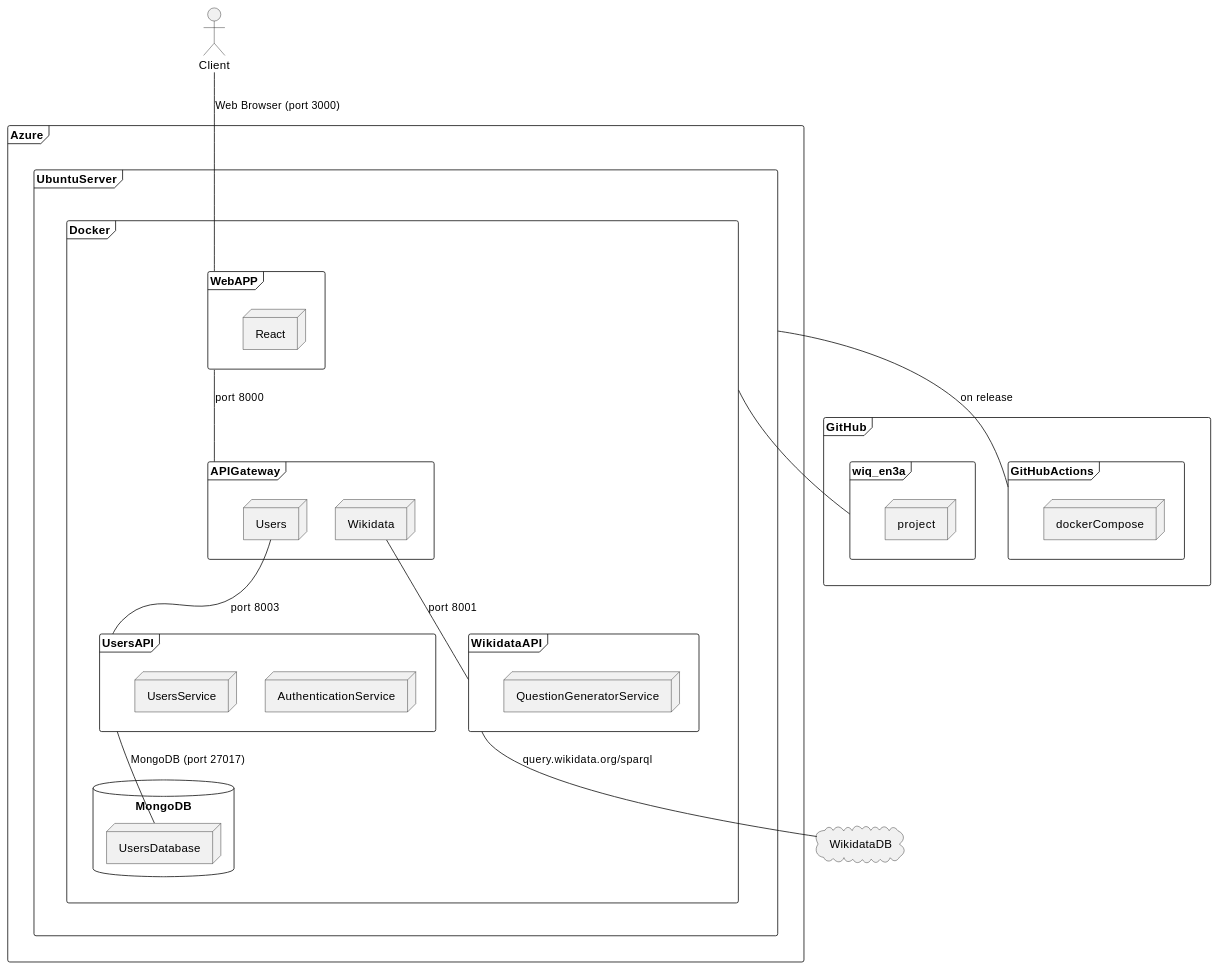
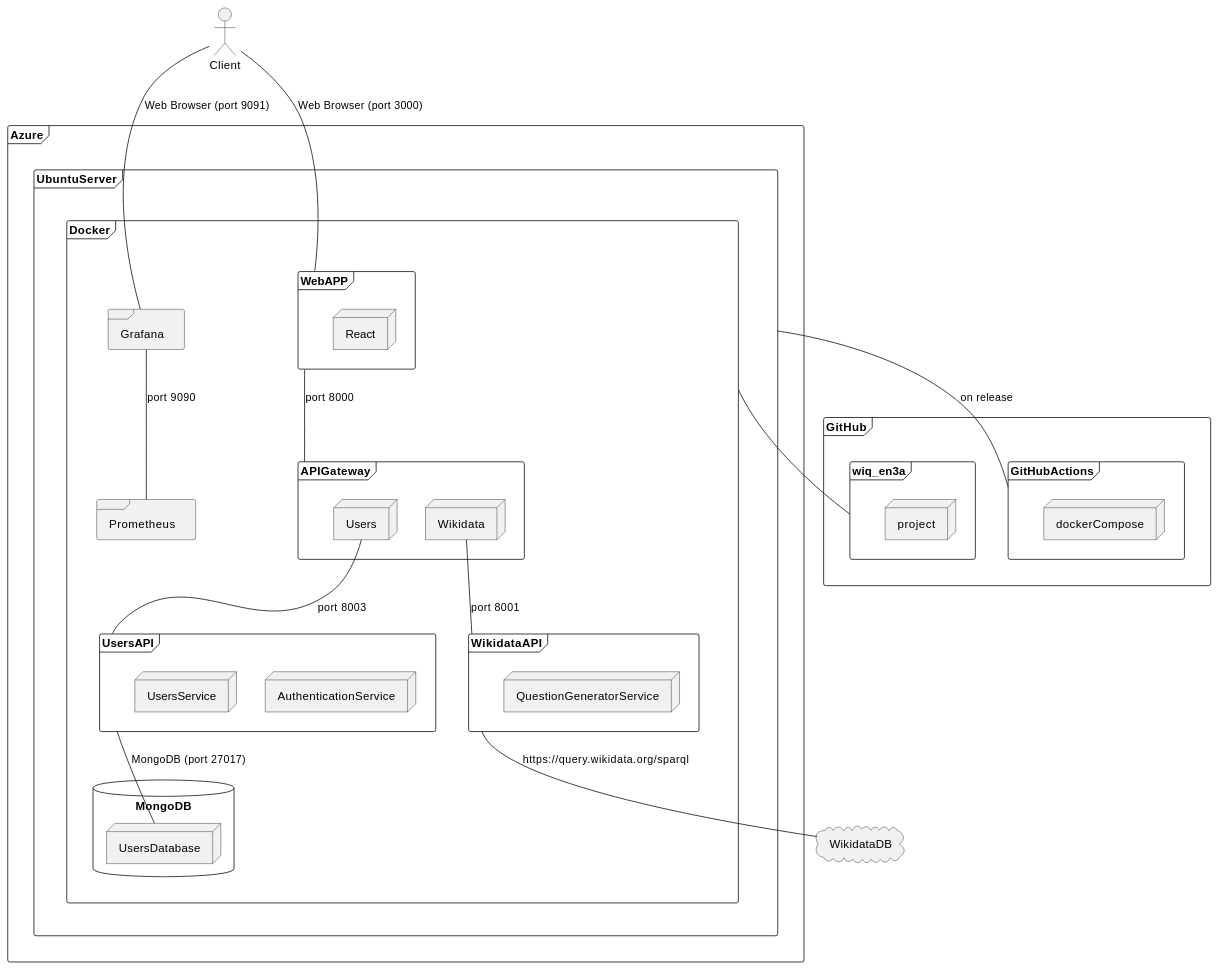
Before and after one commit to UO289930/wiq_en3a: the diagram in docs/src/07_deployment_view.adoc, drawn with PlantUML. The commit also changed 1 other file, not shown here.

```diff
--- a/docs/src/07_deployment_view.adoc
+++ b/docs/src/07_deployment_view.adoc
@@ -136,62 +136,70 @@
 [plantuml, target=deployment-diagram, format=png]
 ....
 actor client as "Client"
 frame Azure {
     frame UbuntuServer {
         frame Docker {
 
 
             frame WebAPP {
                 node React
             }
 
             frame APIGateway {
                 node Users
 
                 node Wikidata
             }
 
             database MongoDB {
                 node UsersDatabase
             }
 
             frame UsersAPI {
                 node AuthenticationService
 
                 node UsersService
             }
 
             frame WikidataAPI {
                 node QuestionGeneratorService
             }
+
+            frame Prometheus {
+            }
+
+            frame Grafana {
+            }
         }
     }
 }
 
 cloud WikidataDB{
     
 }
 
 frame GitHub{
 
         frame GitHubActions{
             node dockerCompose
         }
 
         frame wiq_en3a{
             node project
         }
 
     }
 
 
+Grafana -- Prometheus: port 9090 
 WebAPP -- APIGateway : port 8000
 Wikidata -- WikidataAPI: port 8001
-WikidataAPI -- WikidataDB: query.wikidata.org/sparql
+WikidataAPI -- WikidataDB: https://query.wikidata.org/sparql
 Users -- UsersAPI : port 8003
 UsersAPI -- UsersDatabase : MongoDB (port 27017)
 client -- WebAPP : Web Browser (port 3000)
+client -- Grafana : Web Browser (port 9091)
 
 GitHubActions -- UbuntuServer : on release
 Docker -- wiq_en3a
 ....
```
